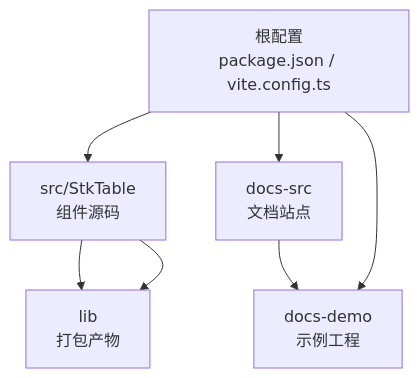
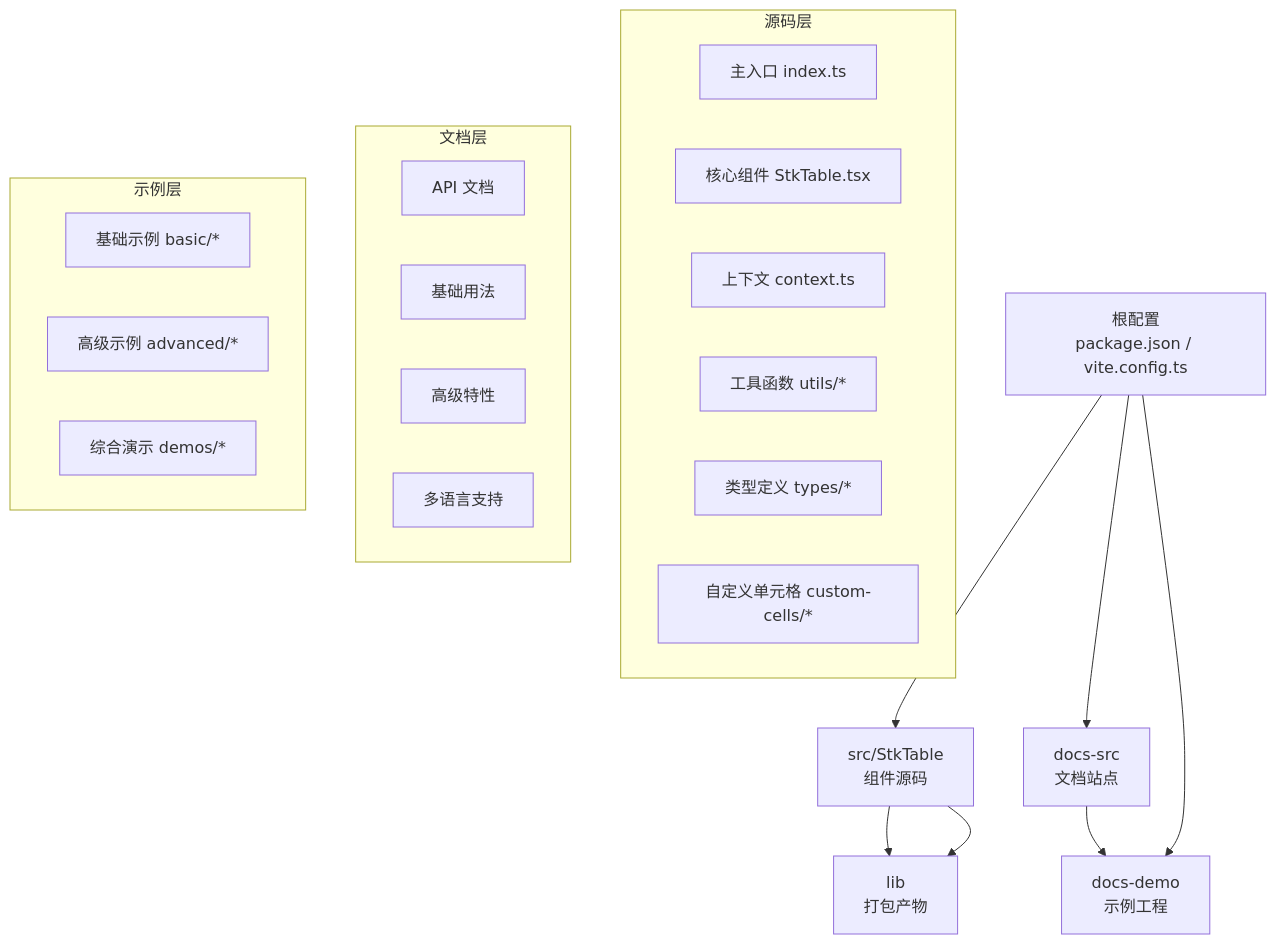
One commit to ja-plus/stk-table-react changed the first of 3 diagrams in .qoder/repowiki/zh/content/项目概述.md. Above: the diagram before and after it, drawn with Mermaid. The commit also changed other lines of this file and 4 other files, not shown here.

````diff
--- a/.qoder/repowiki/zh/content/项目概述.md
+++ b/.qoder/repowiki/zh/content/项目概述.md
@@ -72,9 +99,28 @@
 ```mermaid
 graph TB
 A["src/StkTable<br/>组件源码"] --> B["lib<br/>打包产物"]
 C["docs-src<br/>文档站点"] --> D["docs-demo<br/>示例工程"]
 E["根配置<br/>package.json / vite.config.ts"] --> A
 E --> C
 E --> D
 A --> B
+subgraph "源码层"
+A1["主入口 index.ts"]
+A2["核心组件 StkTable.tsx"]
+A3["上下文 context.ts"]
+A4["工具函数 utils/*"]
+A5["类型定义 types/*"]
+A6["自定义单元格 custom-cells/*"]
+end
+subgraph "文档层"
+C1["API 文档"]
+C2["基础用法"]
+C3["高级特性"]
+C4["多语言支持"]
+end
+subgraph "示例层"
+D1["基础示例 basic/*"]
+D2["高级示例 advanced/*"]
+D3["综合演示 demos/*"]
+end
 ```
````
